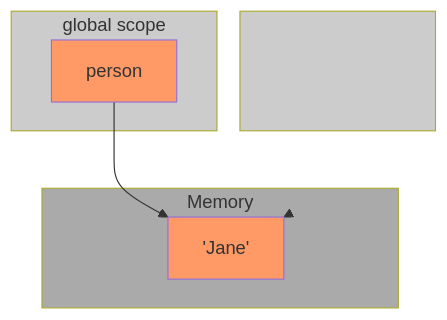
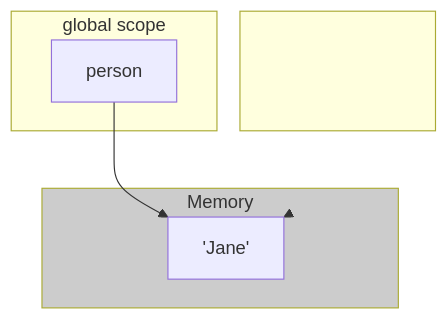
One commit to JoseBlanca/intro_programing_python changed the third of 4 diagrams in quarto/functions/definition.qmd. Above: the diagram before and after it, drawn with Mermaid. The commit also changed other lines of this file, not shown here.

Commit message:
mermaid theme updated

````diff
--- a/quarto/functions/definition.qmd
+++ b/quarto/functions/definition.qmd
@@ -174,22 +173,18 @@
 ```{mermaid}
 flowchart TB
-    main:::scope
     subgraph main [global scope]
-    person:::variable
+    person
     end
-    say:::scope
     subgraph say [ ]
     name:::invisible
     end
     Memory:::memory
     subgraph Memory
     Jane["'Jane'"]:::variable
     end
     person --> Jane
     name --> Jane
-    classDef variable fill:#f96
     classDef invisible opacity:0%
-    classDef memory fill:#aaa
-    classDef scope fill:#ccc
+    classDef memory fill:#ccc
     linkStyle 1 stroke-width:0px
 ```
````
